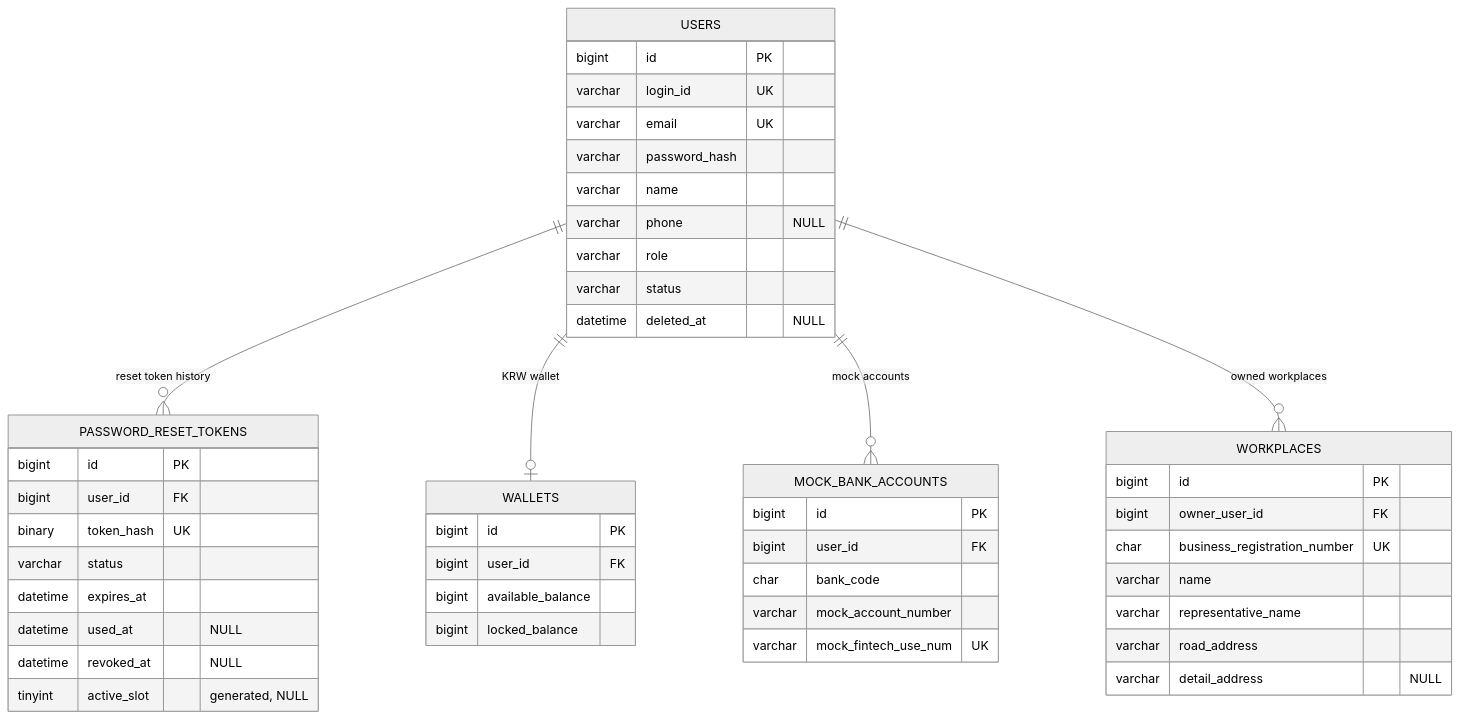
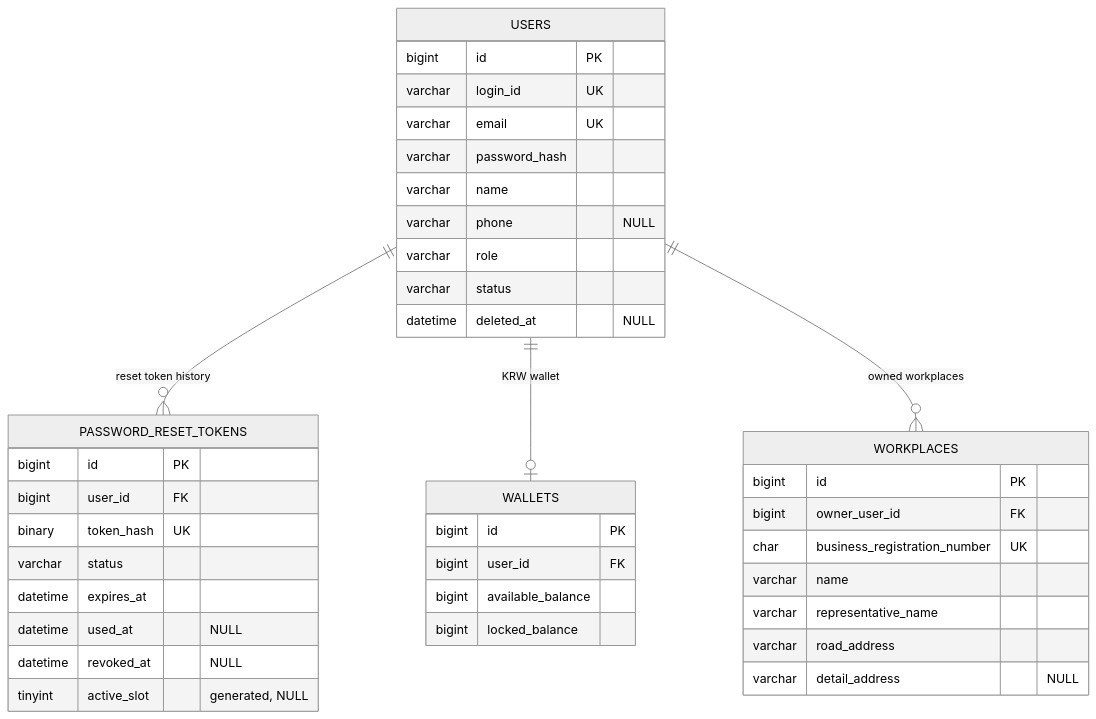
One commit to Flamingo7562/KB-PJT-24-2 changed the second of 6 diagrams in docs/DATABASE_SCHEMA_ERD.md. Above: the diagram before and after it, drawn with Mermaid (neutral theme). The commit also changed other lines of this file and 9 other files, not shown here.

````diff
--- a/docs/DATABASE_SCHEMA_ERD.md
+++ b/docs/DATABASE_SCHEMA_ERD.md
@@ -578,51 +579,43 @@
 ```mermaid
 erDiagram
     USERS {
         bigint id PK
         varchar login_id UK
         varchar email UK
         varchar password_hash
         varchar name
         varchar phone "NULL"
         varchar role
         varchar status
         datetime deleted_at "NULL"
     }
     PASSWORD_RESET_TOKENS {
         bigint id PK
         bigint user_id FK
         binary token_hash UK
         varchar status
         datetime expires_at
         datetime used_at "NULL"
         datetime revoked_at "NULL"
         tinyint active_slot "generated, NULL"
     }
     WALLETS {
         bigint id PK
         bigint user_id FK
         bigint available_balance
         bigint locked_balance
     }
-    MOCK_BANK_ACCOUNTS {
-        bigint id PK
-        bigint user_id FK
-        char bank_code
-        varchar mock_account_number
-        varchar mock_fintech_use_num UK
-    }
     WORKPLACES {
         bigint id PK
         bigint owner_user_id FK
         char business_registration_number UK
         varchar name
         varchar representative_name
         varchar road_address
         varchar detail_address "NULL"
     }
 
     USERS ||--o{ PASSWORD_RESET_TOKENS : "reset token history"
     USERS ||--o| WALLETS : "KRW wallet"
-    USERS ||--o{ MOCK_BANK_ACCOUNTS : "mock accounts"
     USERS ||--o{ WORKPLACES : "owned workplaces"
 ```
````
